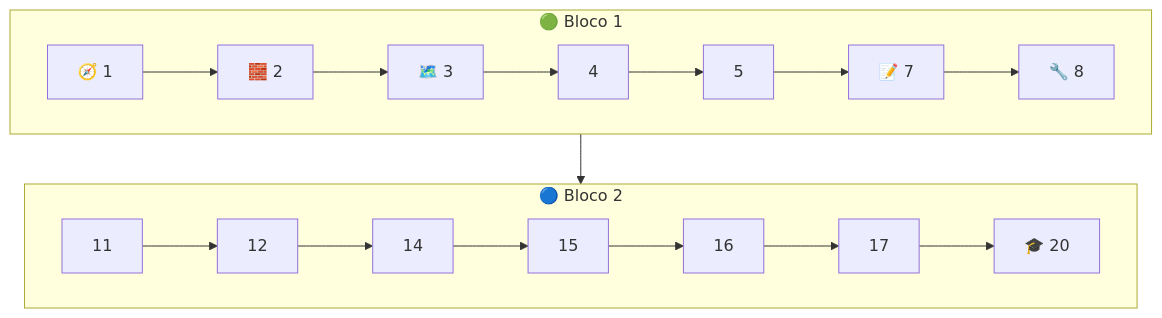
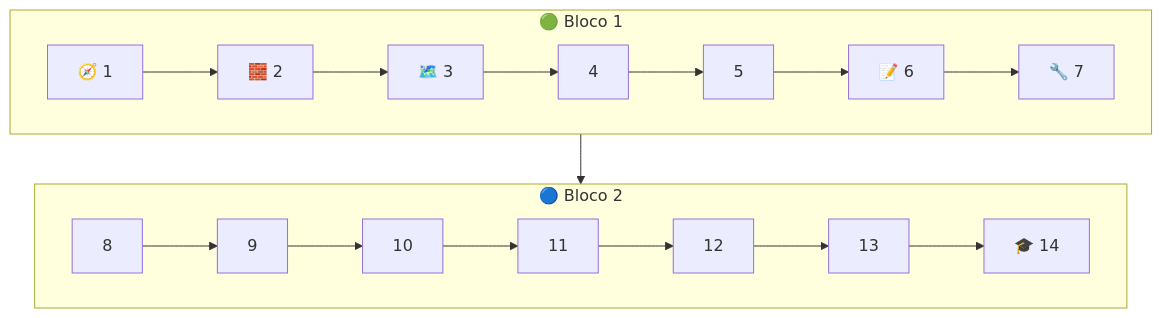
Before and after one commit to GTI-Fatec-Jahu/PI-GTI-2026-2: the diagram in docs/index.md, drawn with Mermaid. The commit also changed other lines of this file and 7 other files, not shown here.

````diff
--- a/docs/index.md
+++ b/docs/index.md
@@ -74,12 +74,12 @@
 ```mermaid
 flowchart TB
     subgraph B1["🟢 Bloco 1"]
         direction LR
-        A1["🧭 1"] --> A2["🧱 2"] --> A3["🗺️ 3"] --> A4["4"] --> A5["5"] --> A7["📝 7"] --> A8["🔧 8"]
+        A1["🧭 1"] --> A2["🧱 2"] --> A3["🗺️ 3"] --> A4["4"] --> A5["5"] --> A6["📝 6"] --> A7["🔧 7"]
     end
     subgraph B2["🔵 Bloco 2"]
         direction LR
-        A11["11"] --> A12["12"] --> A14["14"] --> A15["15"] --> A16["16"] --> A17["17"] --> A20["🎓 20"]
+        A8["8"] --> A9["9"] --> A10["10"] --> A11["11"] --> A12["12"] --> A13["13"] --> A14["🎓 14"]
     end
     B1 --> B2
 ```
````
